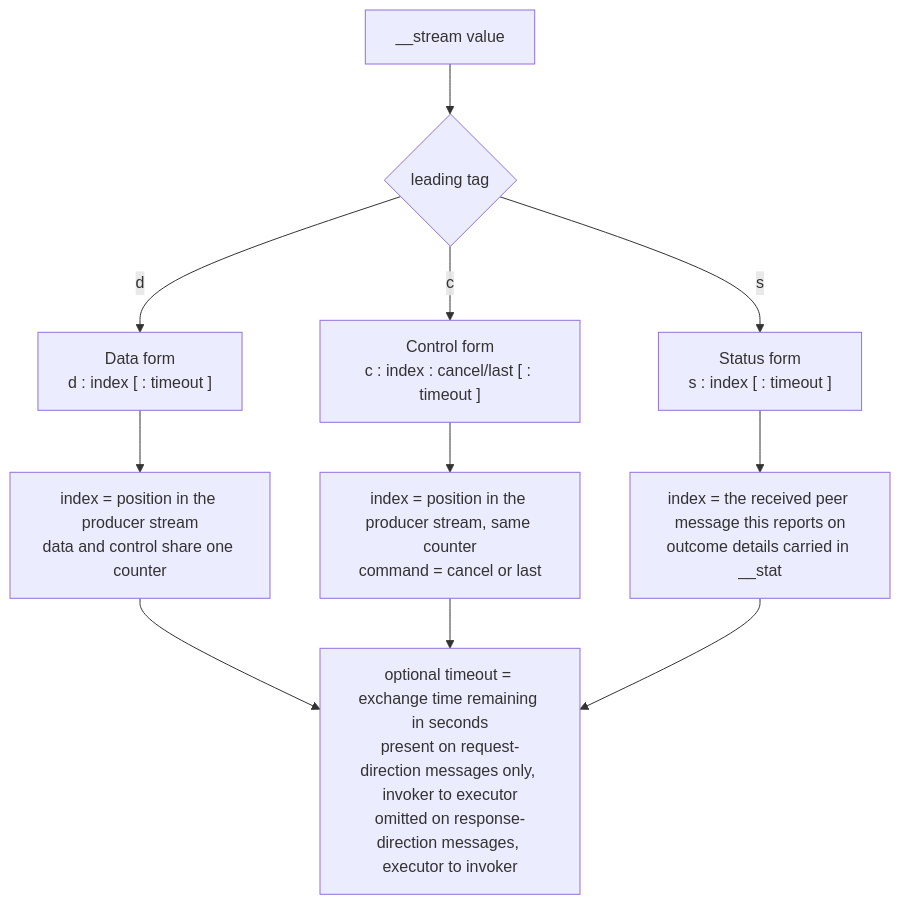
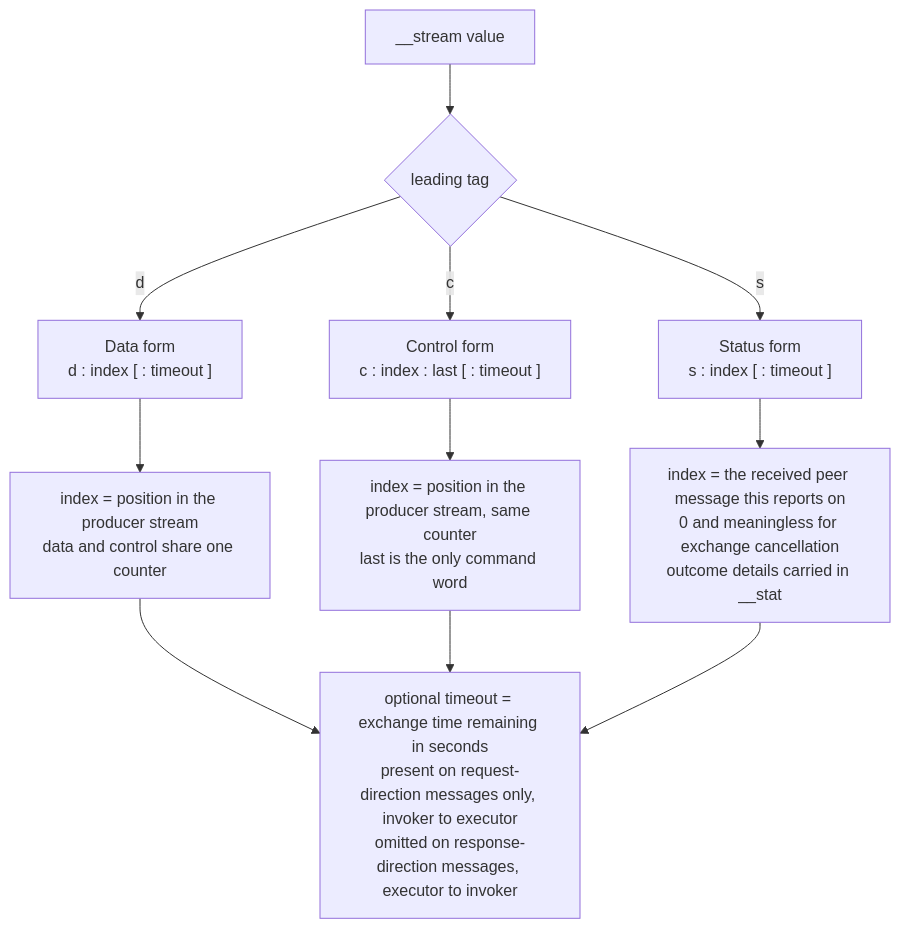
One commit to Azure/iot-operations-sdks changed the tenth of 10 diagrams in doc/dev/adr/0025-rpc-streaming-lifecycle-diagrams.md. Above: the diagram before and after it, drawn with Mermaid. The commit also changed other lines of this file, not shown here.

Commit message:
fix: clarify cancellation message handling in RPC streaming lifecycle diagrams

````diff
--- a/doc/dev/adr/0025-rpc-streaming-lifecycle-diagrams.md
+++ b/doc/dev/adr/0025-rpc-streaming-lifecycle-diagrams.md
@@ -386,16 +392,16 @@
 ```mermaid
 flowchart TD
     V["__stream value"] --> TAG{"leading tag"}
 
     TAG -->|d| D["Data form<br/>d : index [ : timeout ]"]
-    TAG -->|c| C["Control form<br/>c : index : cancel/last [ : timeout ]"]
+    TAG -->|c| C["Control form<br/>c : index : last [ : timeout ]"]
     TAG -->|s| S["Status form<br/>s : index [ : timeout ]"]
 
     D --> DN["index = position in the producer stream<br/>data and control share one counter"]
-    C --> CN["index = position in the producer stream, same counter<br/>command = cancel or last"]
-    S --> SN["index = the received peer message this reports on<br/>outcome details carried in __stat"]
+    C --> CN["index = position in the producer stream, same counter<br/>last is the only command word"]
+    S --> SN["index = the received peer message this reports on<br/>0 and meaningless for exchange cancellation<br/>outcome details carried in __stat"]
 
     DN --> TN["optional timeout = exchange time remaining in seconds<br/>present on request-direction messages only, invoker to executor<br/>omitted on response-direction messages, executor to invoker"]
     CN --> TN
     SN --> TN
 ```
````
